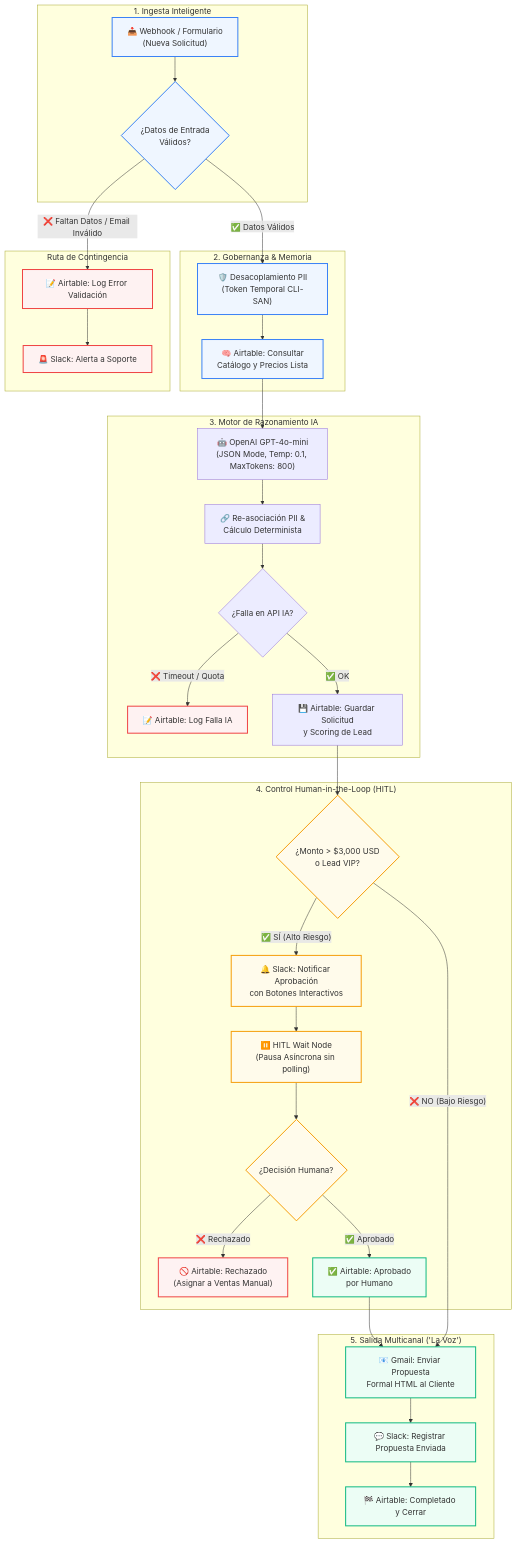
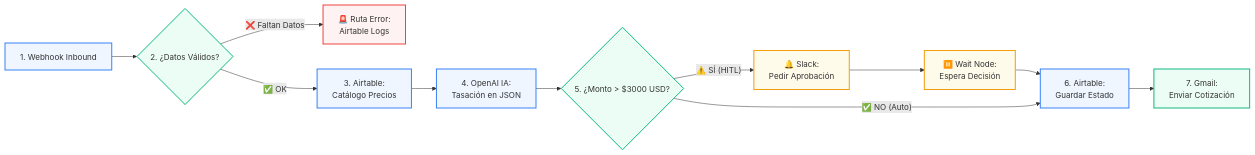
One commit to MiqueasSilva/IA-Automation-Final changed the diagram in README.md. Above: the diagram before and after it, drawn with Mermaid. The commit also changed other lines of this file and 3 other files, not shown here.

Commit message:
refactor: simplificar flujo a 6 pasos esenciales y actualizar diagrama y PDF

````diff
--- a/README.md
+++ b/README.md
@@ -40,52 +29,23 @@
 ```mermaid
-flowchart TD
-    subgraph INGESTA["1. Ingesta Inteligente"]
-        WH["📥 Webhook / Formulario<br/>(Nueva Solicitud)"] --> VAL{"¿Datos de Entrada<br/>Válidos?"}
-    end
+flowchart LR
+    A["1. Webhook Inbound"] --> B{"2. ¿Datos Válidos?"}
+    B -- "❌ Faltan Datos" --> ERR["🚨 Ruta Error:<br/>Airtable Logs"]
+    B -- "✅ OK" --> C["3. Airtable:<br/>Catálogo Precios"]
+    C --> D["4. OpenAI IA:<br/>Tasación en JSON"]
+    D --> E{"5. ¿Monto > $3000 USD?"}
+    E -- "⚠️ SÍ (HITL)" --> SLK["🔔 Slack:<br/>Pedir Aprobación"]
+    SLK --> WAIT["⏸️ Wait Node:<br/>Espera Decisión"]
+    WAIT --> F["6. Airtable:<br/>Guardar Estado"]
+    E -- "✅ NO (Auto)" --> F
+    F --> G["7. Gmail:<br/>Enviar Cotización"]
 
-    subgraph ERROR_GATE["Ruta de Contingencia"]
-        VAL -- "❌ Faltan Datos / Email Inválido" --> LOG_VAL["📝 Airtable: Log Error Validación"]
-        LOG_VAL --> SLK_ERR["🚨 Slack: Alerta a Soporte"]
-    end
+    classDef ok fill:#ecfdf5,stroke:#10b981,stroke-width:2px;
+    classDef err fill:#fef2f2,stroke:#ef4444,stroke-width:2px;
+    classDef hitl fill:#fffbeb,stroke:#f59e0b,stroke-width:2px;
+    classDef main fill:#eff6ff,stroke:#3b82f6,stroke-width:2px;
 
-    subgraph GOBERNANZA["2. Gobernanza & Memoria"]
-        VAL -- "✅ Datos Válidos" --> PII["🛡️ Desacoplamiento PII<br/>(Token Temporal CLI-SAN)"]
-        PII --> DB_CAT["🧠 Airtable: Consultar<br/>Catálogo y Precios Lista"]
-    end
-
-    subgraph IA_CORE["3. Motor de Razonamiento IA"]
-        DB_CAT --> LLM["🤖 OpenAI GPT-4o-mini<br/>(JSON Mode, Temp: 0.1, MaxTokens: 800)"]
-        LLM --> REASSEMBLY["🔗 Re-asociación PII &<br/>Cálculo Determinista"]
-        REASSEMBLY --> CHECK_IA{"¿Falla en API IA?"}
-        CHECK_IA -- "❌ Timeout / Quota" --> LOG_IA["📝 Airtable: Log Falla IA"]
-        CHECK_IA -- "✅ OK" --> SAVE_LEAD["💾 Airtable: Guardar Solicitud<br/>y Scoring de Lead"]
-    end
-
-    subgraph HITL_GATE["4. Control Human-in-the-Loop (HITL)"]
-        SAVE_LEAD --> COND_HITL{"¿Monto > $3,000 USD<br/>o Lead VIP?"}
-        
-        COND_HITL -- "✅ SÍ (Alto Riesgo)" --> SLK_REQ["🔔 Slack: Notificar Aprobación<br/>con Botones Interactivos"]
-        SLK_REQ --> WAIT_NODE["⏸️ HITL Wait Node<br/>(Pausa Asíncrona sin polling)"]
-        WAIT_NODE --> HUMAN_DECISION{"¿Decisión Humana?"}
-        
-        HUMAN_DECISION -- "❌ Rechazado" --> AIR_REJ["🚫 Airtable: Rechazado<br/>(Asignar a Ventas Manual)"]
-        HUMAN_DECISION -- "✅ Aprobado" --> AIR_APP["✅ Airtable: Aprobado<br/>por Humano"]
-    end
-
-    subgraph OUTPUT_VOZ["5. Salida Multicanal ('La Voz')"]
-        COND_HITL -- "❌ NO (Bajo Riesgo)" --> GMAIL["📧 Gmail: Enviar Propuesta<br/>Formal HTML al Cliente"]
-        AIR_APP --> GMAIL
-        GMAIL --> SLK_OK["💬 Slack: Registrar Propuesta Enviada"]
-        SLK_OK --> AIR_DONE["🏁 Airtable: Completado y Cerrar"]
-    end
-
-    classDef ingesta fill:#eff6ff,stroke:#3b82f6,stroke-width:2px;
-    classDef error fill:#fef2f2,stroke:#ef4444,stroke-width:2px;
-    classDef hitl fill:#fffbeb,stroke:#f59e0b,stroke-width:2px;
-    classDef success fill:#ecfdf5,stroke:#10b981,stroke-width:2px;
-
-    class WH,VAL,PII,DB_CAT ingesta;
-    class LOG_VAL,SLK_ERR,LOG_IA,AIR_REJ error;
-    class COND_HITL,SLK_REQ,WAIT_NODE,HUMAN_DECISION hitl;
-    class GMAIL,SLK_OK,AIR_DONE,AIR_APP success;
+    class A,C,D,F main;
+    class B,E,G ok;
+    class ERR err;
+    class SLK,WAIT hitl;
 ```
````
